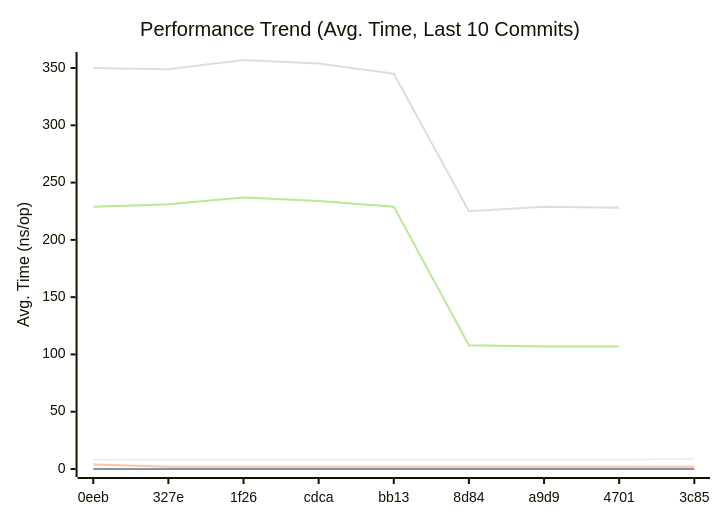
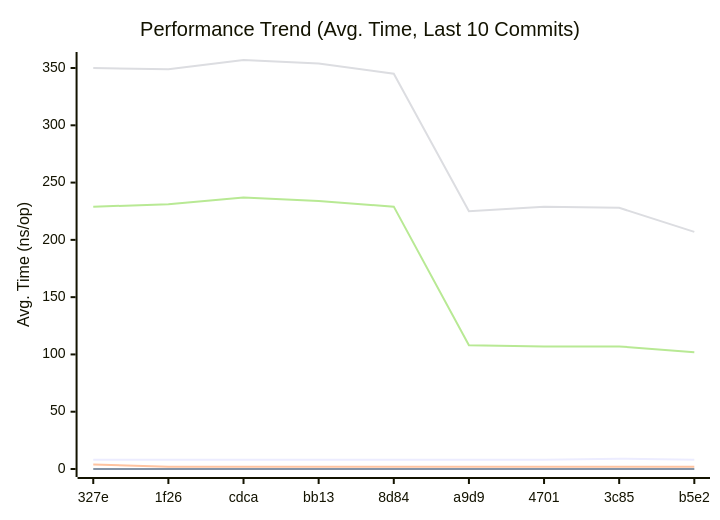
The first of 3 diagrams in doc/README.md (alsotoes/momo), drawn with Mermaid before and after one commit. The commit also changed other lines of this file and 1 other file, not shown here.

````diff
--- a/doc/README.md
+++ b/doc/README.md
@@ -299,12 +290,12 @@
 ```mermaid
 xychart-beta
     title "Performance Trend (Avg. Time, Last 10 Commits)"
     x-axis "Commit"
     y-axis "Avg. Time (ns/op)"
-    x-axis [0eeb,327e,1f26,cdca,bb13,8d84,a9d9,4701,3c85]
-    line "CheckMetricsAndSwap" [8,8,8,8,8,8,8,8,9,8]
+    x-axis [327e,1f26,cdca,bb13,8d84,a9d9,4701,3c85,b5e2]
+    line "CheckMetricsAndSwap" [8,8,8,8,8,8,8,9,8,8]
     line "IndexDirectTracking" [0,0,0,0,0,0,0,0,0,0]
     line "IndexSearch" [4,2,2,2,2,2,2,2,2,2]
-    line "ParseReplicationOrder_NoPrealloc" [350,349,357,354,345,225,229,228]
-    line "ParseReplicationOrder_Prealloc" [229,231,237,234,229,108,107,107]
+    line "ParseReplicationOrder_NoPrealloc" [350,349,357,354,345,225,229,228,207]
+    line "ParseReplicationOrder_Prealloc" [229,231,237,234,229,108,107,107,102]
 ```
````
